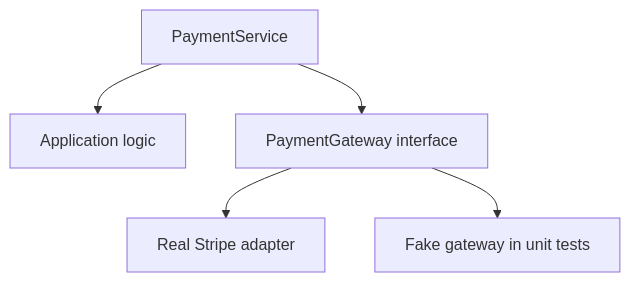
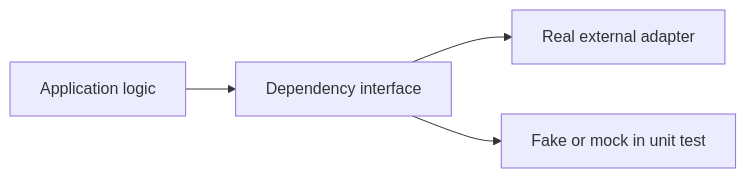
The fifth of 7 diagrams in src/content/testing/test-coverage-good-tests.md (AvadhBhalodiya/Interview-Preparation), drawn with Mermaid before and after one commit. The commit also changed other lines of this file and 54 other files, not shown here.

````diff
--- a/src/content/testing/test-coverage-good-tests.md
+++ b/src/content/testing/test-coverage-good-tests.md
@@ -1009,13 +393,6 @@
 ```mermaid
-flowchart TD
-    PS[PaymentService]
-    APP[Application logic]
-    IFACE[PaymentGateway interface]
-    REAL[Real Stripe adapter]
-    FAKE[Fake gateway in unit tests]
-
-    PS --> APP
-    PS --> IFACE
-    IFACE --> REAL
-    IFACE --> FAKE
+flowchart LR
+    APP[Application logic] --> PORT[Dependency interface]
+    PORT --> REAL[Real external adapter]
+    PORT --> FAKE[Fake or mock in unit test]
 ```
````
